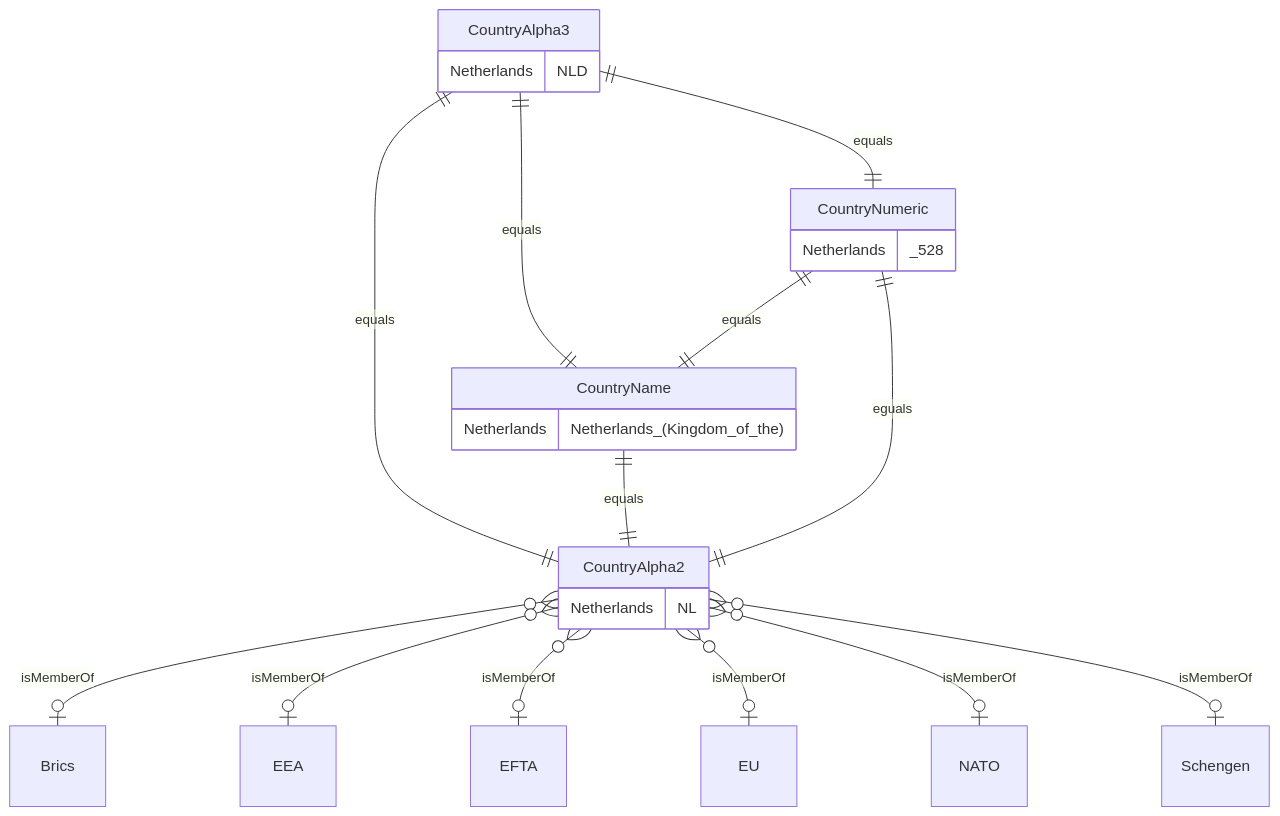
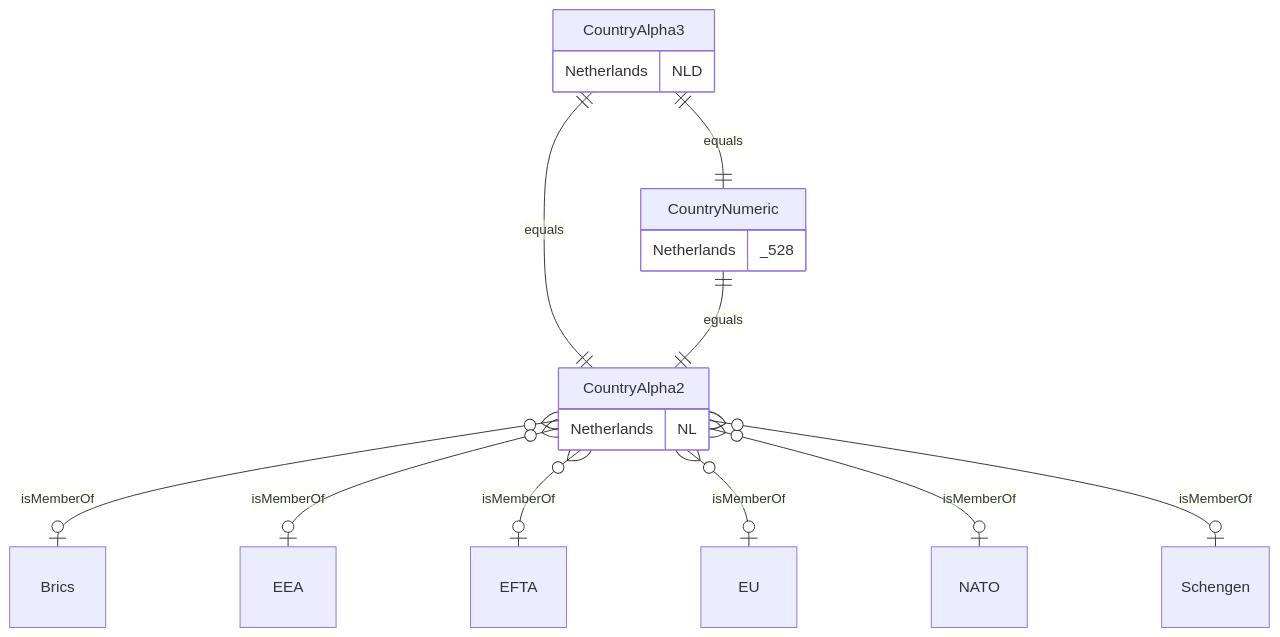
The second of 3 diagrams in README.md (PrinsFrank/standards), drawn with Mermaid before and after one commit. The commit also changed other lines of this file, not shown here.

Commit message:
Remove references to countryName enum from readme

````diff
--- a/README.md
+++ b/README.md
@@ -181,34 +179,25 @@
 ```mermaid
 erDiagram
-    CountryAlpha3 ||--|| CountryName: equals
     CountryAlpha3 ||--|| CountryAlpha2: equals
     CountryAlpha3 ||--|| CountryNumeric: equals
-
-    CountryNumeric ||--|| CountryName: equals
-
-    CountryName ||--|| CountryAlpha2: equals
     CountryNumeric ||--|| CountryAlpha2: eguals
 
     CountryAlpha2 {
         Netherlands NL
     }
 
     CountryAlpha3 {
         Netherlands NLD
     }
 
     CountryNumeric {
         Netherlands _528
     }
 
-    CountryName {
-        Netherlands Netherlands_(Kingdom_of_the)
-    }
-
     CountryAlpha2 }o--o| Brics: isMemberOf
     CountryAlpha2 }o--o| EEA: isMemberOf
     CountryAlpha2 }o--o| EFTA: isMemberOf
     CountryAlpha2 }o--o| EU: isMemberOf
     CountryAlpha2 }o--o| NATO: isMemberOf
     CountryAlpha2 }o--o| Schengen: isMemberOf
 ```
````
